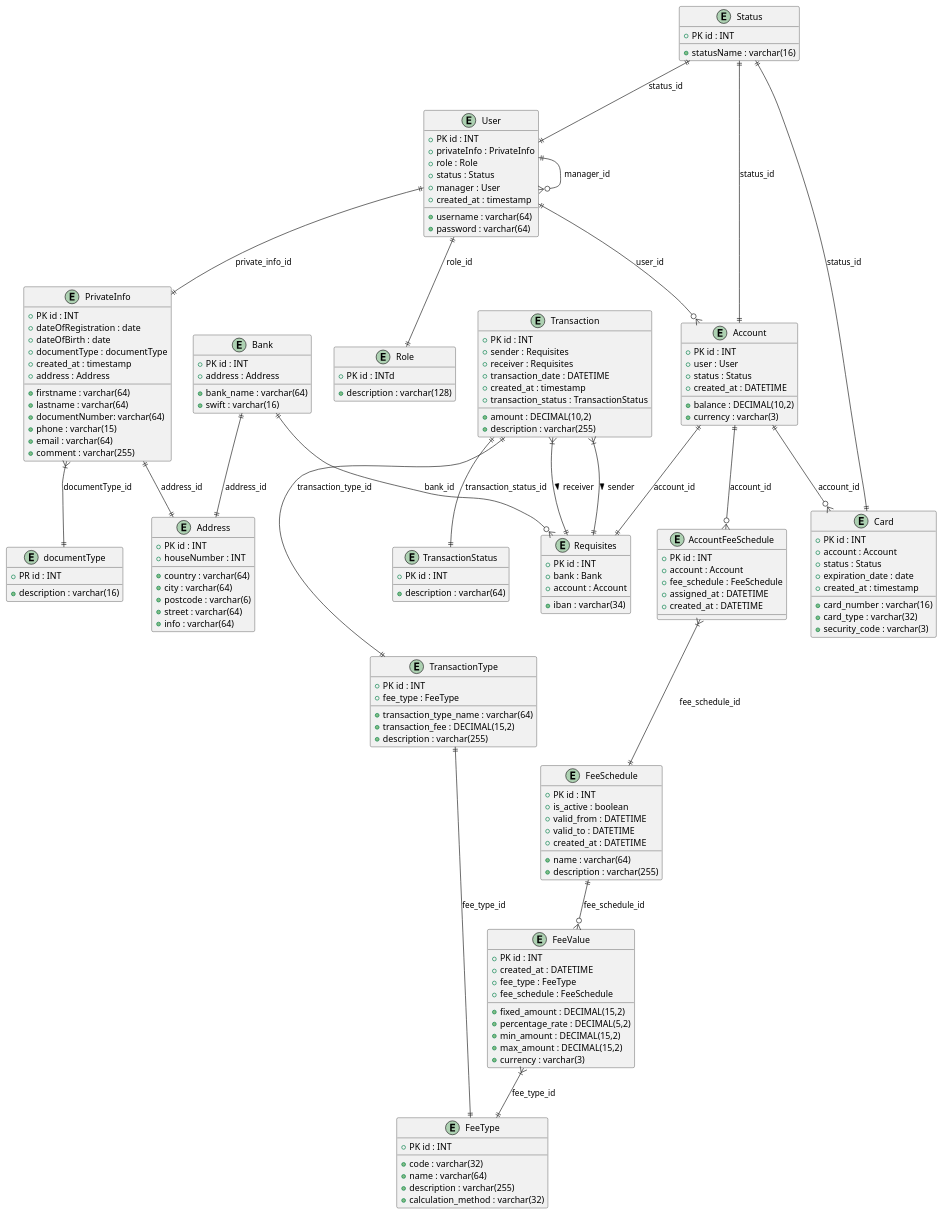
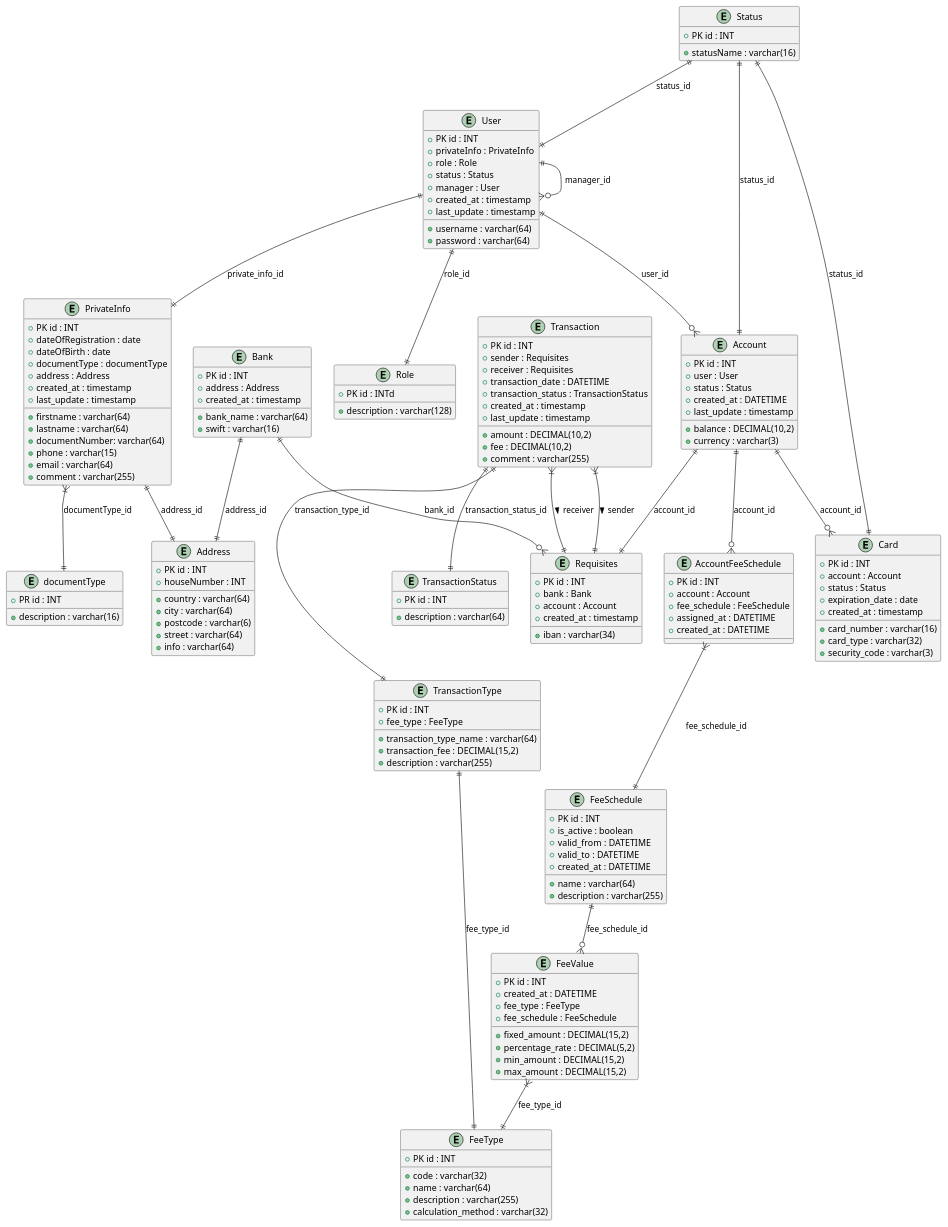
One commit to jolivuk/ProjectBankSystem changed the diagram in src/Diagram.puml. Above: the diagram before and after it, drawn with PlantUML. The commit also changed 12 other files, not shown here.

Commit message:
Entities Transaction, TransactionType, FeeSchedule, FeeType, FeeValue, AccountFeeSchedule were added

```diff
--- a/src/Diagram.puml
+++ b/src/Diagram.puml
@@ -1,190 +1,196 @@
 @startuml
 
 
 ' Домен управления пользователями
 entity User {
    + PK id : INT
    + username : varchar(64)
    + password : varchar(64)
    + privateInfo : PrivateInfo
    + role : Role
    + status : Status
    + manager : User
    + created_at : timestamp
+   + last_update : timestamp
 
 }
 
 entity PrivateInfo {
    + PK id : INT
    + firstname : varchar(64)
    + lastname : varchar(64)
    + dateOfRegistration : date
    + dateOfBirth : date
    + documentType : documentType
    + documentNumber: varchar(64)
    + phone : varchar(15)
    + email : varchar(64)
    + comment : varchar(255)
+   + address : Address
    + created_at : timestamp
-   + address : Address
+   + last_update : timestamp
 }
 
 entity documentType{
     + PR id : INT
     + description : varchar(16)
 }
 
 entity Address {
    + PK id : INT
    + country : varchar(64)
    + city : varchar(64)
    + postcode : varchar(6)
    + street : varchar(64)
    + houseNumber : INT
    + info : varchar(64)
 }
 
 entity Role {
    + PK id : INTd
    + description : varchar(128)
 }
 
 ' Домен счетов
 entity Account {
    + PK id : INT
    + user : User
    + status : Status
    + balance : DECIMAL(10,2)
    + currency : varchar(3)
    + created_at : DATETIME
+   + last_update : timestamp
 }
 entity Status{
     + PK id : INT
     + statusName : varchar(16)
 }
 
 
 
 ' Домен комиссий
 entity FeeSchedule {
    + PK id : INT
    + name : varchar(64)
    + description : varchar(255)
    + is_active : boolean
    + valid_from : DATETIME
    + valid_to : DATETIME
    + created_at : DATETIME
 }
 
 entity FeeType {
    + PK id : INT
    + code : varchar(32)
    + name : varchar(64)
    + description : varchar(255)
    + calculation_method : varchar(32)
 }
 
 entity FeeValue {
    + PK id : INT
    + fixed_amount : DECIMAL(15,2)
    + percentage_rate : DECIMAL(5,2)
    + min_amount : DECIMAL(15,2)
    + max_amount : DECIMAL(15,2)
-   + currency : varchar(3)
    + created_at : DATETIME
-    + fee_type : FeeType
+   + fee_type : FeeType
    + fee_schedule : FeeSchedule
 }
 
 entity AccountFeeSchedule {
    + PK id : INT
    + account : Account
    + fee_schedule : FeeSchedule
    + assigned_at : DATETIME
    + created_at : DATETIME
 }
 
 ' Домен транзакций
 entity Transaction {
    + PK id : INT
    + sender : Requisites
    + receiver : Requisites
    + amount : DECIMAL(10,2)
-   + description : varchar(255)
+   + fee : DECIMAL(10,2)
+   + comment : varchar(255)
    + transaction_date : DATETIME
+   + transaction_status : TransactionStatus
    + created_at : timestamp
-   + transaction_status : TransactionStatus
+   + last_update : timestamp
+
 }
 
 entity TransactionStatus {
    + PK id : INT
    + description : varchar(64)
 }
 
 entity TransactionType {
    + PK id : INT
    + fee_type : FeeType
    + transaction_type_name : varchar(64)
    + transaction_fee : DECIMAL(15,2)
    + description : varchar(255)
 }
 
 ' Домен карт и банков
 entity Card {
    + PK id : INT
    + account : Account
    + card_number : varchar(16)
    + card_type : varchar(32)
    + status : Status
    + expiration_date : date
    + security_code : varchar(3)
    + created_at : timestamp
 }
 
 entity Bank {
    + PK id : INT
    + address : Address
    + bank_name : varchar(64)
    + swift : varchar(16)
+   + created_at : timestamp
 }
 
 entity Requisites {
    + PK id : INT
    + bank : Bank
    + account : Account
    + iban : varchar(34)
+   + created_at : timestamp
 }
-
 
 ' Связи базового домена
 User ||--|| PrivateInfo : private_info_id
 User ||--|| Role : role_id
 User ||--o{ User : manager_id
 User ||--o{ Account : user_id
 PrivateInfo ||--|| Address : address_id
 PrivateInfo }|--|| documentType : documentType_id
 Account ||--o{ Card : account_id
 Account ||--|| Requisites : account_id
 
 ' Связи транзакционного домена
 Transaction }|--|| Requisites : sender >
 Transaction }|--|| Requisites : receiver >
 Transaction ||--|| TransactionStatus : transaction_status_id
 Transaction ||--|| TransactionType : transaction_type_id
 
 ' Связи банковского домена
 Bank ||--o{ Requisites : bank_id
 Bank ||--|| Address : address_id
 
 ' Связи домена комиссий
 Account ||--o{ AccountFeeSchedule : account_id
 AccountFeeSchedule }|--|| FeeSchedule : fee_schedule_id
 FeeSchedule ||--o{ FeeValue : fee_schedule_id
 FeeValue }|--|| FeeType : fee_type_id
 TransactionType ||--|| FeeType : fee_type_id
 
 Status ||--|| Account : status_id
 Status ||--|| User : status_id
 Status ||--|| Card : status_id
 
 @enduml
```
